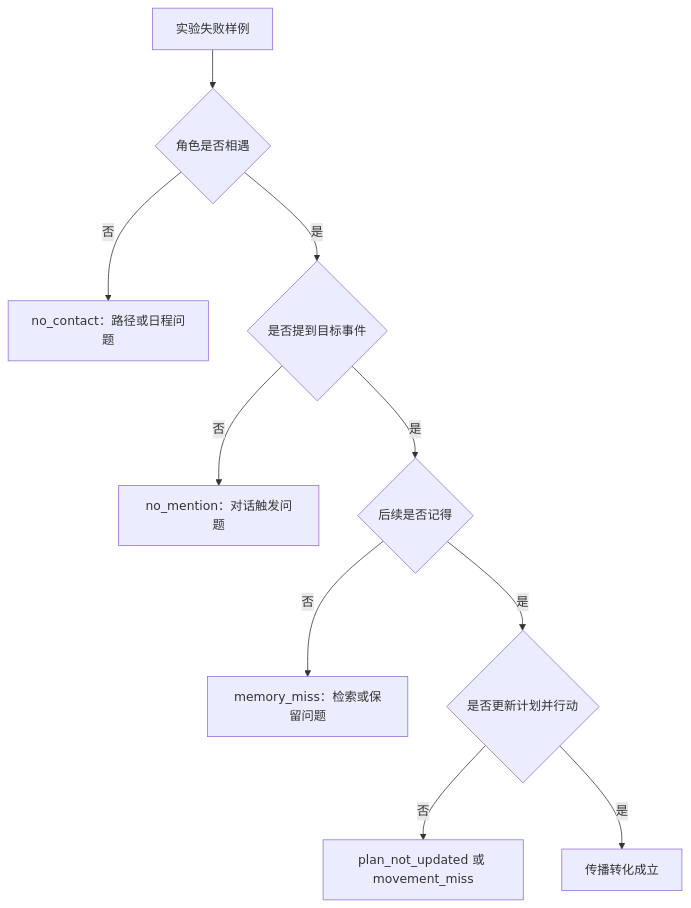
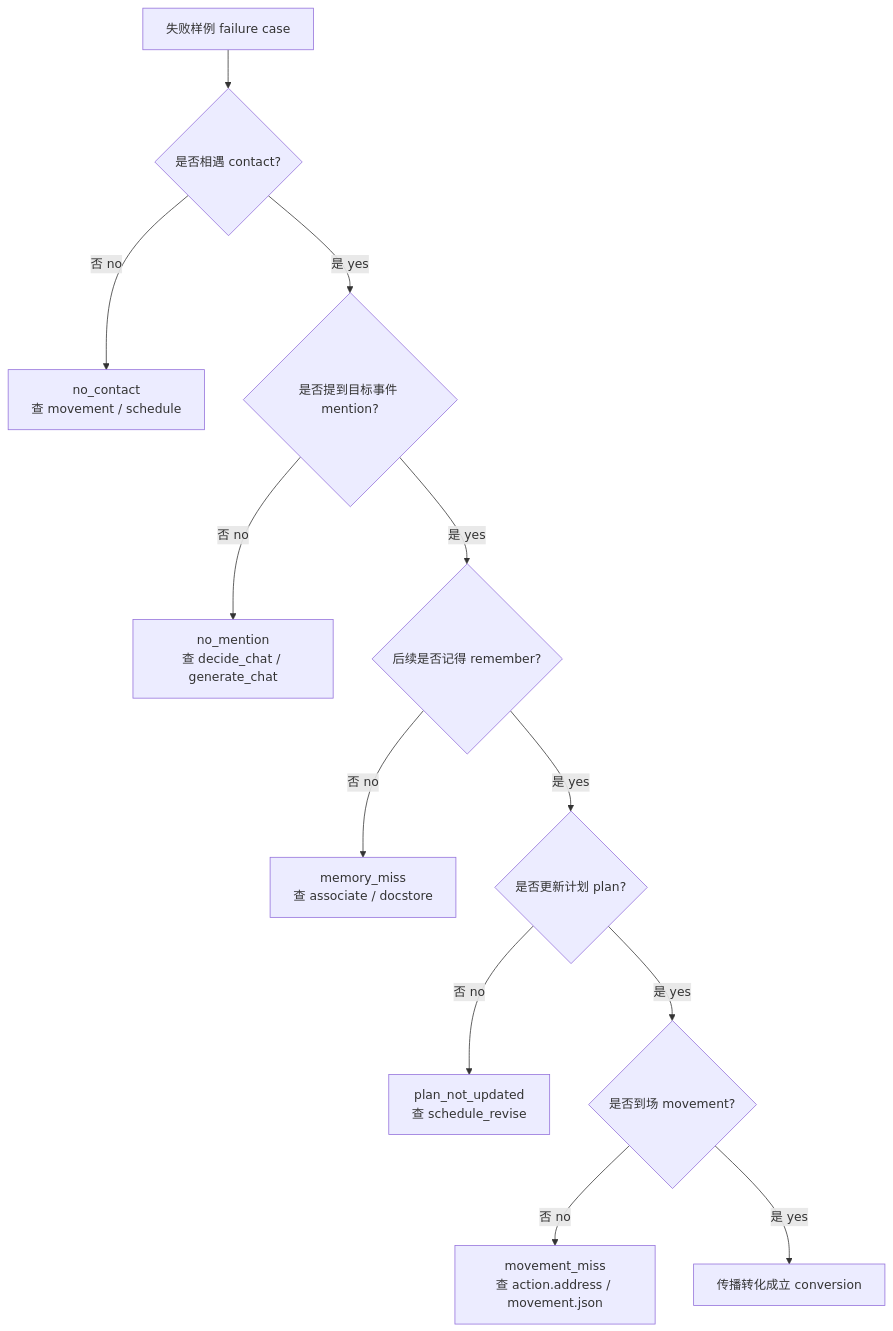
Before and after one commit to tbkken/GenerativeAgentsCN: the second of 2 diagrams in docs/book/manuscript/part_05/chapter_37.md, drawn with Mermaid. The commit also changed other lines of this file and 18 other files, not shown here.

````diff
--- a/docs/book/manuscript/part_05/chapter_37.md
+++ b/docs/book/manuscript/part_05/chapter_37.md
@@ -461,12 +307,14 @@
 ```mermaid
 flowchart TD
-    Failure["实验失败样例"] --> Contact{"角色是否相遇"}
-    Contact -->|否| NoContact["no_contact：路径或日程问题"]
-    Contact -->|是| Mention{"是否提到目标事件"}
-    Mention -->|否| NoMention["no_mention：对话触发问题"]
-    Mention -->|是| Memory{"后续是否记得"}
-    Memory -->|否| MemoryMiss["memory_miss：检索或保留问题"]
-    Memory -->|是| Action{"是否更新计划并行动"}
-    Action -->|否| PlanMiss["plan_not_updated 或 movement_miss"]
-    Action -->|是| Success["传播转化成立"]
+    Failure["失败样例 failure case"] --> Contact{"是否相遇 contact?"}
+    Contact -->|否 no| NoContact["no_contact<br/>查 movement / schedule"]
+    Contact -->|是 yes| Mention{"是否提到目标事件 mention?"}
+    Mention -->|否 no| NoMention["no_mention<br/>查 decide_chat / generate_chat"]
+    Mention -->|是 yes| Remember{"后续是否记得 remember?"}
+    Remember -->|否 no| MemoryMiss["memory_miss<br/>查 associate / docstore"]
+    Remember -->|是 yes| Plan{"是否更新计划 plan?"}
+    Plan -->|否 no| PlanMiss["plan_not_updated<br/>查 schedule_revise"]
+    Plan -->|是 yes| Move{"是否到场 movement?"}
+    Move -->|否 no| MovementMiss["movement_miss<br/>查 action.address / movement.json"]
+    Move -->|是 yes| Success["传播转化成立 conversion"]
 ```
````
